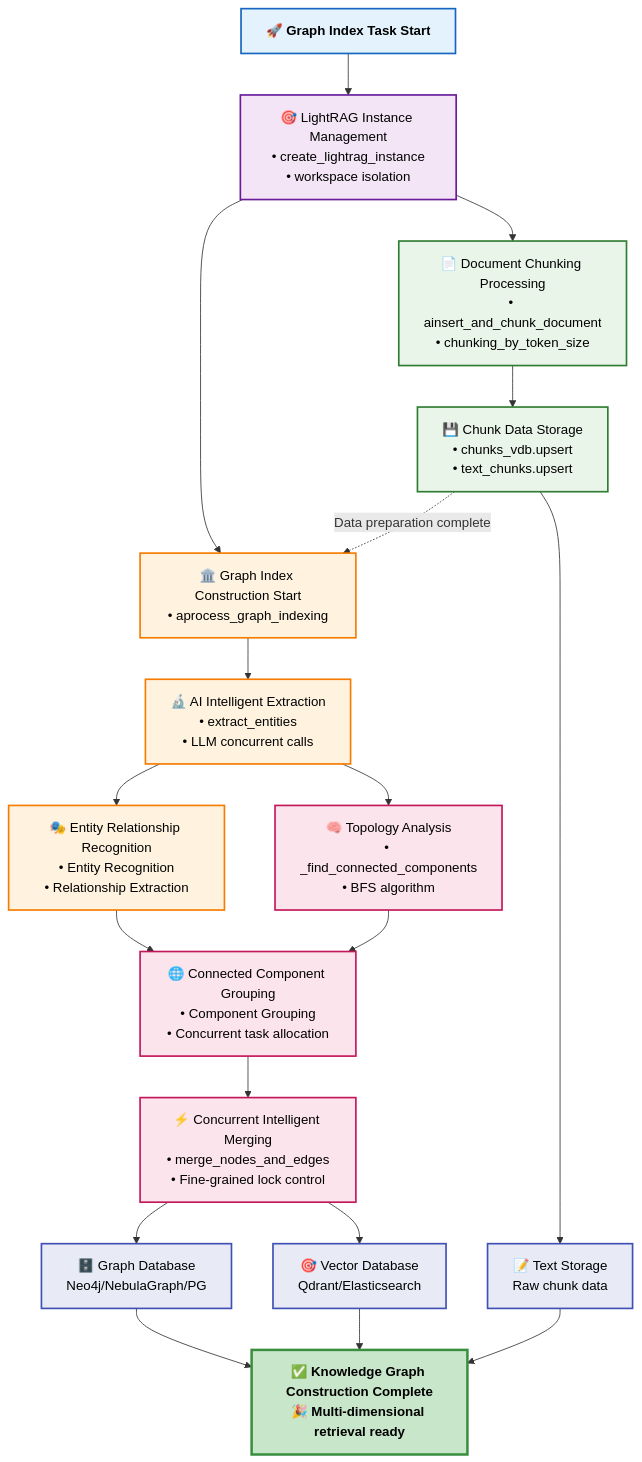
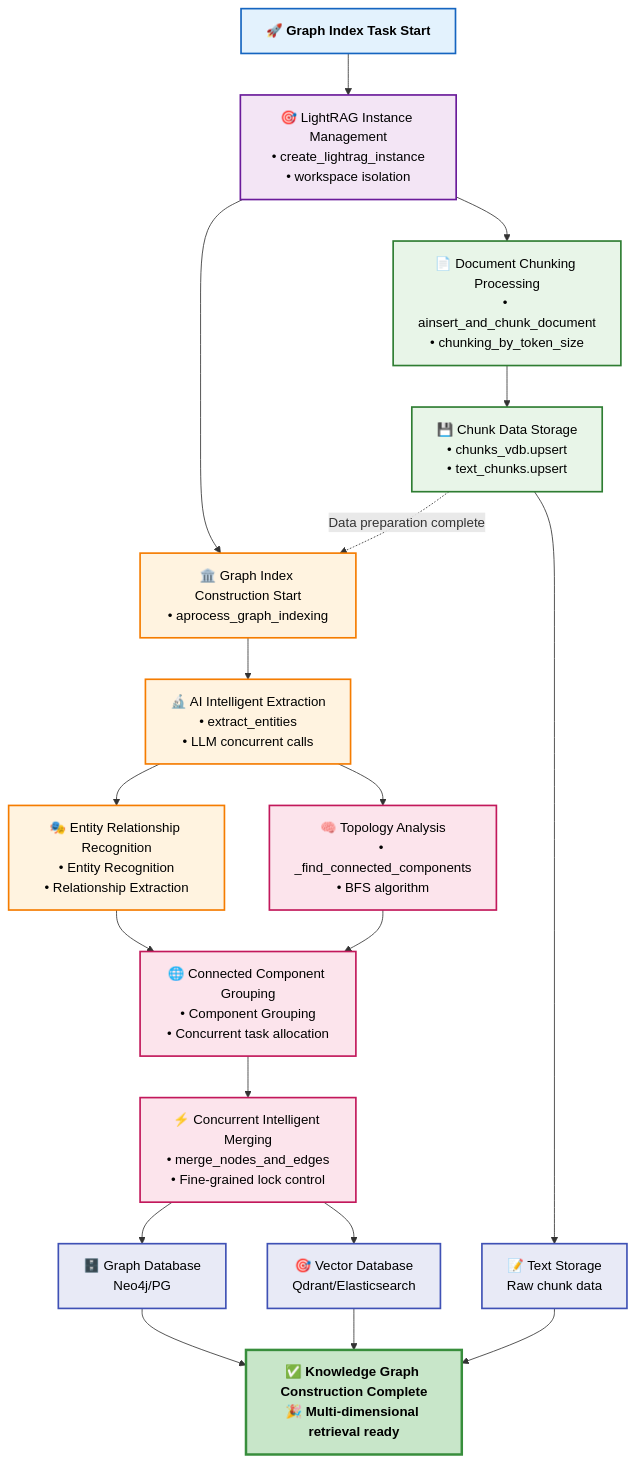
Before and after one commit to apecloud/ApeRAG: the first of 2 diagrams in docs/design/graph_index_creation.md, drawn with Mermaid. The commit also changed other lines of this file and 23 other files, not shown here.

````diff
--- a/docs/design/graph_index_creation.md
+++ b/docs/design/graph_index_creation.md
@@ -30,79 +30,79 @@
 ```mermaid
 flowchart TD
     %% Define style classes
     classDef entry fill:#e3f2fd,stroke:#1565c0,stroke-width:2px,color:#000,font-weight:bold
     classDef manager fill:#f3e5f5,stroke:#6a1b9a,stroke-width:2px,color:#000
     classDef processing fill:#e8f5e8,stroke:#2e7d32,stroke-width:2px,color:#000
     classDef intelligence fill:#fff3e0,stroke:#f57c00,stroke-width:2px,color:#000
     classDef optimization fill:#fce4ec,stroke:#c2185b,stroke-width:2px,color:#000
     classDef storage fill:#e8eaf6,stroke:#3f51b5,stroke-width:2px,color:#000
     classDef complete fill:#c8e6c9,stroke:#388e3c,stroke-width:3px,color:#000,font-weight:bold
     
     %% Entry layer
     START["🚀 Graph Index Task Start"]
     
     %% Management layer
     MANAGER["🎯 LightRAG Instance Management<br/>• create_lightrag_instance<br/>• workspace isolation"]
     
     %% Document processing branch
     DOC_PROCESS["📄 Document Chunking Processing<br/>• ainsert_and_chunk_document<br/>• chunking_by_token_size"]
     DOC_STORE["💾 Chunk Data Storage<br/>• chunks_vdb.upsert<br/>• text_chunks.upsert"]
     
     %% Graph indexing processing branch
     GRAPH_START["🏛️ Graph Index Construction Start<br/>• aprocess_graph_indexing"]
     
     %% Intelligent extraction layer
     AI_EXTRACT["🔬 AI Intelligent Extraction<br/>• extract_entities<br/>• LLM concurrent calls"]
     ENTITY_REL["🎭 Entity Relationship Recognition<br/>• Entity Recognition<br/>• Relationship Extraction"]
     
     %% Topology optimization layer
     TOPO_ANALYSIS["🧠 Topology Analysis<br/>• _find_connected_components<br/>• BFS algorithm"]
     COMPONENT_GROUP["🌐 Connected Component Grouping<br/>• Component Grouping<br/>• Concurrent task allocation"]
     
     %% Concurrent merging layer
     CONCURRENT_MERGE["⚡ Concurrent Intelligent Merging<br/>• merge_nodes_and_edges<br/>• Fine-grained lock control"]
     
     %% Storage layer (parallel writing)
-    STORAGE_GRAPH["🗄️ Graph Database<br/>Neo4j/NebulaGraph/PG"]
+    STORAGE_GRAPH["🗄️ Graph Database<br/>Neo4j/PG"]
     STORAGE_VECTOR["🎯 Vector Database<br/>Qdrant/Elasticsearch"]
     STORAGE_TEXT["📝 Text Storage<br/>Raw chunk data"]
     
     %% Completion
     COMPLETE["✅ Knowledge Graph Construction Complete<br/>🎉 Multi-dimensional retrieval ready"]
     
     %% Main process connections
     START --> MANAGER
     MANAGER --> DOC_PROCESS
     MANAGER --> GRAPH_START
     
     DOC_PROCESS --> DOC_STORE
     DOC_STORE -.->|"Data preparation complete"| GRAPH_START
     
     GRAPH_START --> AI_EXTRACT
     AI_EXTRACT --> ENTITY_REL
     AI_EXTRACT --> TOPO_ANALYSIS
     
     ENTITY_REL --> COMPONENT_GROUP
     TOPO_ANALYSIS --> COMPONENT_GROUP
     
     COMPONENT_GROUP --> CONCURRENT_MERGE
     
     %% Parallel storage
     CONCURRENT_MERGE --> STORAGE_GRAPH
     CONCURRENT_MERGE --> STORAGE_VECTOR
     DOC_STORE --> STORAGE_TEXT
     
     %% Converge to completion
     STORAGE_GRAPH --> COMPLETE
     STORAGE_VECTOR --> COMPLETE
     STORAGE_TEXT --> COMPLETE
     
     %% Apply styles
     class START entry
     class MANAGER manager
     class DOC_PROCESS,DOC_STORE processing
     class GRAPH_START,AI_EXTRACT,ENTITY_REL intelligence
     class TOPO_ANALYSIS,COMPONENT_GROUP,CONCURRENT_MERGE optimization
     class STORAGE_GRAPH,STORAGE_VECTOR,STORAGE_TEXT storage
     class COMPLETE complete
 ```
````
